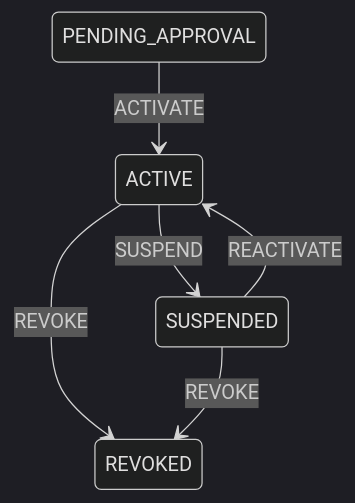
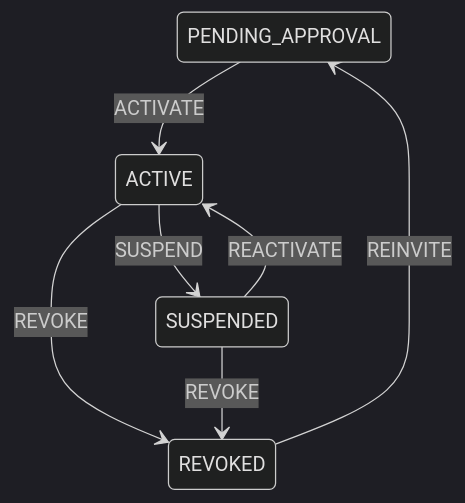
One commit to kevogaba/finaxis-platform changed the fourth of 5 diagrams in docs/architecture/lifecycle-fsm.md. Above: the diagram before and after it, drawn with Mermaid (dark theme). The commit also changed other lines of this file and 28 other files, not shown here.

````diff
--- a/docs/architecture/lifecycle-fsm.md
+++ b/docs/architecture/lifecycle-fsm.md
@@ -101,8 +101,9 @@
 ```mermaid
 stateDiagram-v2
     PENDING_APPROVAL --> ACTIVE: ACTIVATE
     ACTIVE --> SUSPENDED: SUSPEND
     SUSPENDED --> ACTIVE: REACTIVATE
     ACTIVE --> REVOKED: REVOKE
     SUSPENDED --> REVOKED: REVOKE
+    REVOKED --> PENDING_APPROVAL: REINVITE
 ```
````
